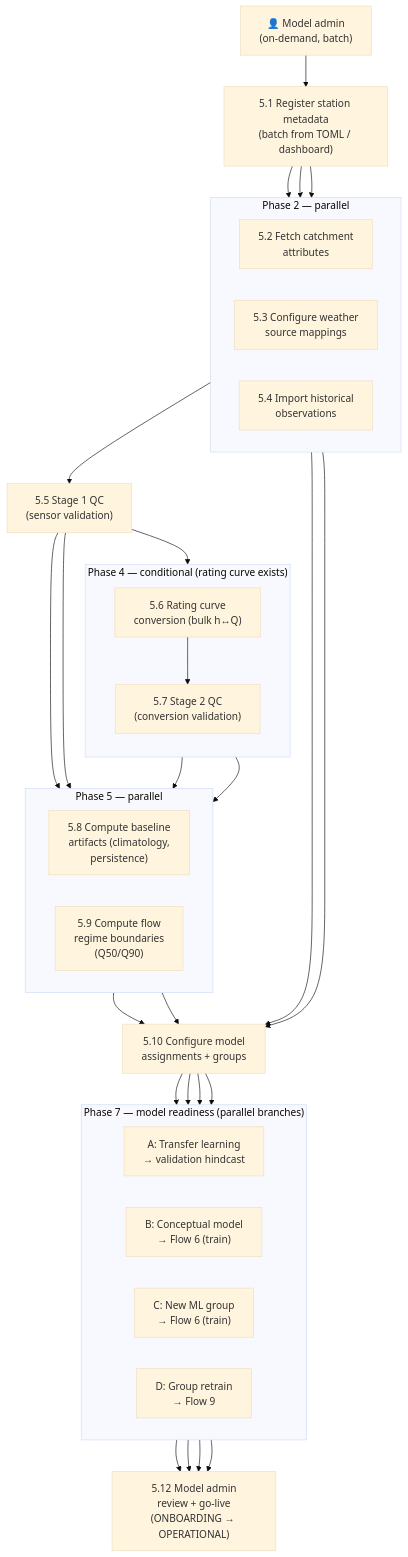
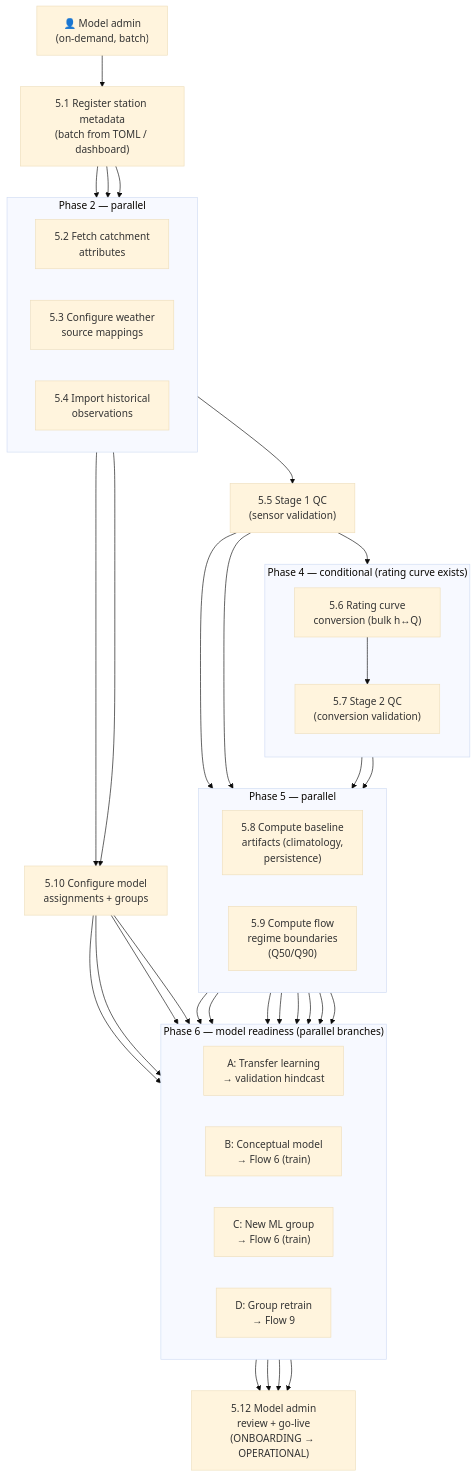
The fifth of 11 diagrams in docs/architecture-context.md (hydrosolutions/SAPPHIRE_flow), drawn with Mermaid (base theme) before and after one commit. The commit also changed other lines of this file and 5 other files, not shown here.

First line of the commit message:
docs: add Flow 12 (observation reprocessing), training diagrams, and observation source tracking

````diff
--- a/docs/architecture-context.md
+++ b/docs/architecture-context.md
@@ -598,63 +600,69 @@
 ```mermaid
 flowchart TD
     trigger["👤 Model admin<br/>(on-demand, batch)"]
 
     s5_1["5.1 Register station metadata<br/>(batch from TOML / dashboard)"]
 
     subgraph Phase2 ["Phase 2 — parallel"]
         direction LR
         s5_2["5.2 Fetch catchment<br/>attributes"]
         s5_3["5.3 Configure weather<br/>source mappings"]
         s5_4["5.4 Import historical<br/>observations"]
     end
 
     s5_5["5.5 Stage 1 QC<br/>(sensor validation)"]
 
     subgraph Phase4 ["Phase 4 — conditional (rating curve exists)"]
         direction TB
         s5_6["5.6 Rating curve<br/>conversion (bulk h↔Q)"]
         s5_7["5.7 Stage 2 QC<br/>(conversion validation)"]
         s5_6 --> s5_7
     end
 
     subgraph Phase5 ["Phase 5 — parallel"]
         direction LR
         s5_8["5.8 Compute baseline<br/>artifacts (climatology,<br/>persistence)"]
         s5_9["5.9 Compute flow<br/>regime boundaries<br/>(Q50/Q90)"]
     end
 
     s5_10["5.10 Configure model<br/>assignments + groups"]
 
-    subgraph Phase7 ["Phase 7 — model readiness (parallel branches)"]
+    subgraph Phase6 ["Phase 6 — model readiness (parallel branches)"]
         direction LR
         brA["A: Transfer learning<br/>→ validation hindcast"]
         brB["B: Conceptual model<br/>→ Flow 6 (train)"]
         brC["C: New ML group<br/>→ Flow 6 (train)"]
         brD["D: Group retrain<br/>→ Flow 9"]
     end
 
     s5_12["5.12 Model admin<br/>review + go-live<br/>(ONBOARDING → OPERATIONAL)"]
 
     trigger --> s5_1
     s5_1 --> s5_2
     s5_1 --> s5_3
     s5_1 --> s5_4
     s5_4 --> s5_5
     s5_5 --> s5_6
     s5_5 --> s5_8
     s5_5 --> s5_9
     s5_7 --> s5_8
     s5_7 --> s5_9
     s5_2 --> s5_10
     s5_3 --> s5_10
-    s5_8 --> s5_10
-    s5_9 --> s5_10
     s5_10 --> brA
     s5_10 --> brB
     s5_10 --> brC
     s5_10 --> brD
+    s5_8 --> brA
+    s5_8 --> brB
+    s5_8 --> brC
+    s5_8 --> brD
+    s5_9 --> brA
+    s5_9 --> brB
+    s5_9 --> brC
+    s5_9 --> brD
     brA --> s5_12
     brB --> s5_12
     brC --> s5_12
     brD --> s5_12
 ```
````
